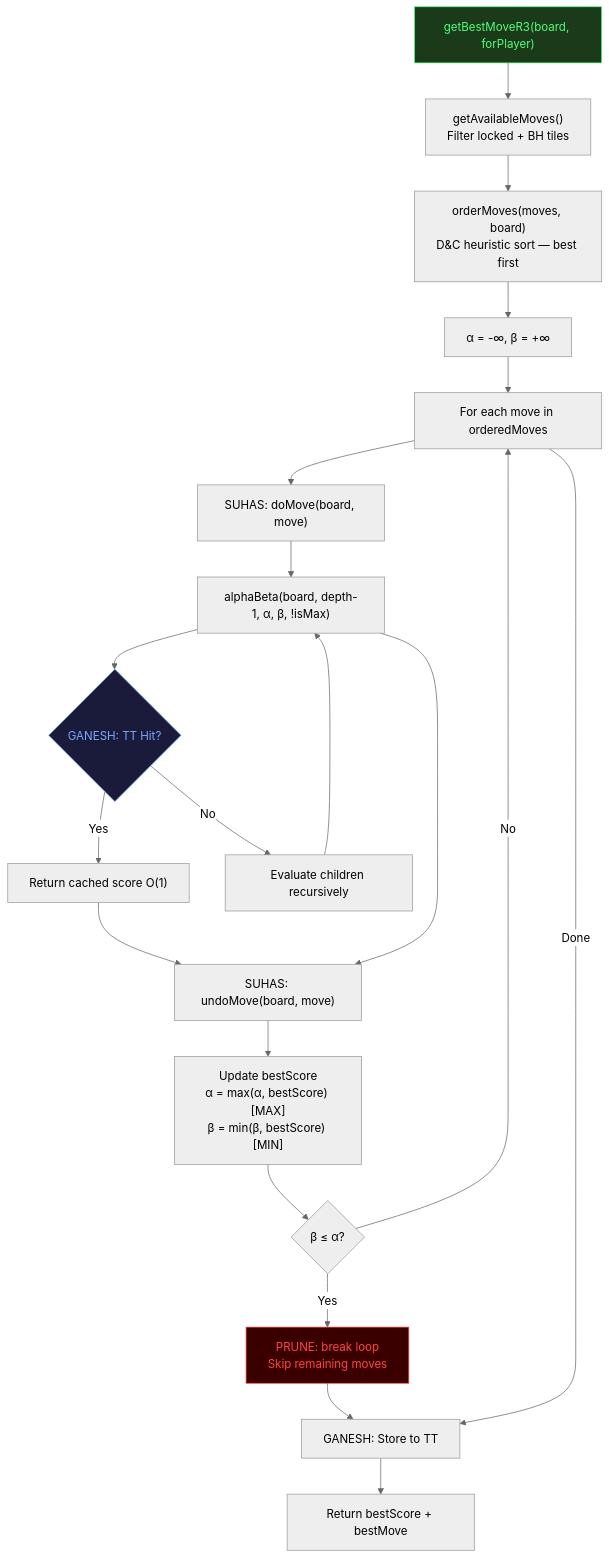
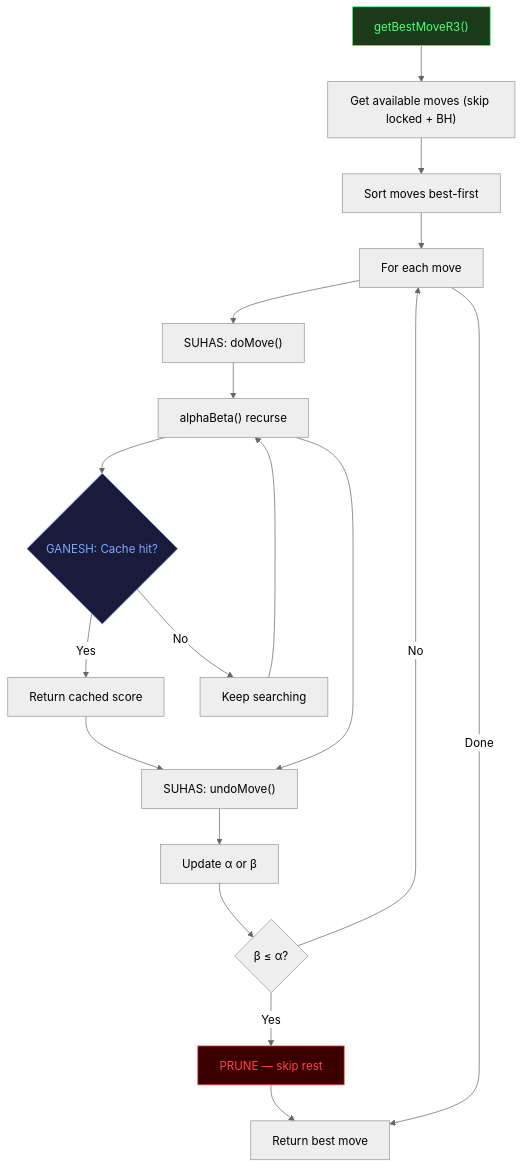
The fourth of 6 diagrams in game_analysis_r3.md (Ganesh2006646/FLIP), drawn with Mermaid (neutral theme) before and after one commit. The commit also changed other lines of this file, not shown here.

````diff
--- a/game_analysis_r3.md
+++ b/game_analysis_r3.md
@@ -385,26 +260,24 @@
 ```mermaid
 graph TD
-    Entry["getBestMoveR3(board, forPlayer)"] --> GetMoves["getAvailableMoves()<br>Filter locked + BH tiles"]
-    GetMoves --> Order["orderMoves(moves, board)<br>D&C heuristic sort — best first"]
-    Order --> InitAB["α = -∞, β = +∞"]
-    InitAB --> Loop["For each move in orderedMoves"]
-    Loop --> Do["SUHAS: doMove(board, move)"]
-    Do --> Recurse["alphaBeta(board, depth-1, α, β, !isMax)"]
-    Recurse --> TTCheck{"GANESH: TT Hit?"}
-    TTCheck -->|Yes| TTReturn["Return cached score O(1)"]
-    TTCheck -->|No| Continue["Evaluate children recursively"]
+    Entry["getBestMoveR3()"] --> GetMoves["Get available moves (skip locked + BH)"]
+    GetMoves --> Order["Sort moves best-first"]
+    Order --> Loop["For each move"]
+    Loop --> Do["SUHAS: doMove()"]
+    Do --> Recurse["alphaBeta() recurse"]
+    Recurse --> TTCheck{"GANESH: Cache hit?"}
+    TTCheck -->|Yes| TTReturn["Return cached score"]
+    TTCheck -->|No| Continue["Keep searching"]
     Continue --> Recurse
     TTReturn --> Undo
-    Recurse --> Undo["SUHAS: undoMove(board, move)"]
-    Undo --> UpdateAB["Update bestScore<br>α = max(α, bestScore) [MAX]<br>β = min(β, bestScore) [MIN]"]
+    Recurse --> Undo["SUHAS: undoMove()"]
+    Undo --> UpdateAB["Update α or β"]
     UpdateAB --> PruneCheck{"β ≤ α?"}
-    PruneCheck -->|Yes| Prune["PRUNE: break loop<br>Skip remaining moves"]
+    PruneCheck -->|Yes| Prune["PRUNE — skip rest"]
     PruneCheck -->|No| Loop
-    Prune --> StoreTT["GANESH: Store to TT"]
-    Loop -->|Done| StoreTT
-    StoreTT --> Return["Return bestScore + bestMove"]
+    Prune --> Return["Return best move"]
+    Loop -->|Done| Return
 
     style Entry fill:#1a3a1a,color:#50FF78,stroke:#50FF78
     style Prune fill:#3a0000,color:#ff4444,stroke:#ff4444
     style TTCheck fill:#1a1a3a,color:#78AAFF,stroke:#78AAFF
 ```
````
